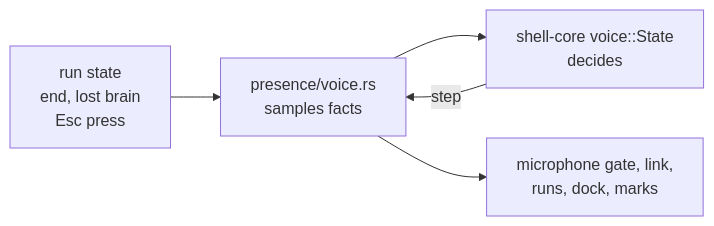
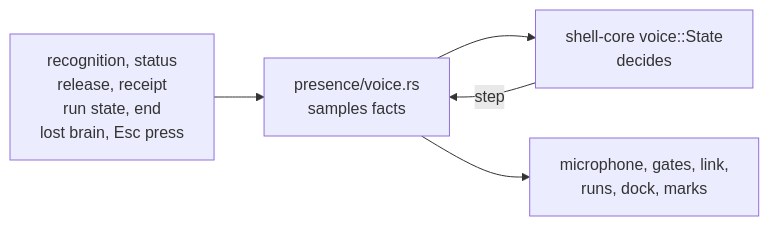
Before and after one commit to labcoder/capsula: diagram 11 of 13 in docs/development/voice.md, drawn with Mermaid. The commit also changed other lines of this file and 9 other files, not shown here.

Commit message:
refactor(shell-core): move voice capture policy out of the shell

````diff
--- a/docs/development/voice.md
+++ b/docs/development/voice.md
@@ -1086,7 +1098,7 @@
 ```mermaid
 flowchart LR
-  in["run state<br/>end, lost brain<br/>Esc press"] --> shell["presence/voice.rs<br/>samples facts"]
+  in["recognition, status<br/>release, receipt<br/>run state, end<br/>lost brain, Esc press"] --> shell["presence/voice.rs<br/>samples facts"]
   shell --> core["shell-core voice::State<br/>decides"]
   core -->|"step"| shell
-  shell --> apply["microphone gate, link,<br/>runs, dock, marks"]
+  shell --> apply["microphone, gates, link,<br/>runs, dock, marks"]
 ```
````
